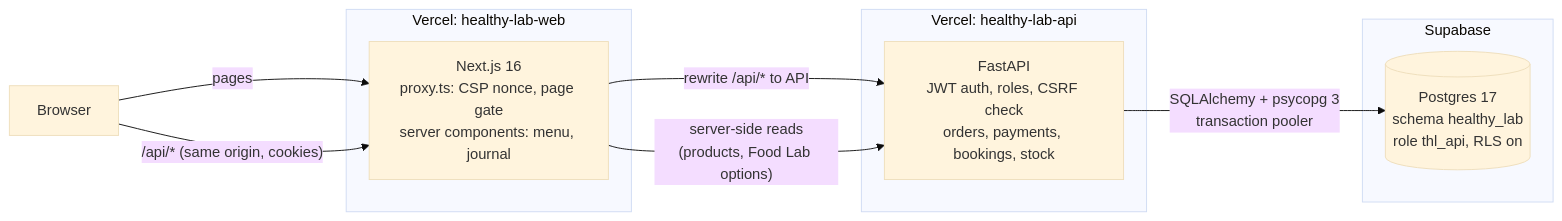
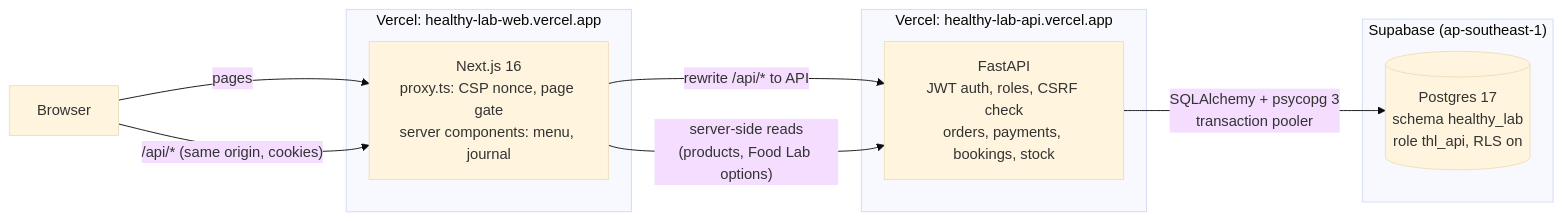
One commit to dangnguyenducanh/The-Healthy-Lab changed the first of 2 diagrams in README.md. Above: the diagram before and after it, drawn with Mermaid (base theme). The commit also changed other lines of this file and 1 other file, not shown here.

First line of the commit message:
docs: add live demo links and lead the README with the architecture

````diff
--- a/README.md
+++ b/README.md
@@ -34,21 +35,21 @@
 ```mermaid
 flowchart LR
     B["Browser"] -->|"pages"| W
     B -->|"/api/* (same origin, cookies)"| W
 
-    subgraph V1["Vercel: healthy-lab-web"]
+    subgraph V1["Vercel: healthy-lab-web.vercel.app"]
         W["Next.js 16<br/>proxy.ts: CSP nonce, page gate<br/>server components: menu, journal"]
     end
 
-    subgraph V2["Vercel: healthy-lab-api"]
+    subgraph V2["Vercel: healthy-lab-api.vercel.app"]
         A["FastAPI<br/>JWT auth, roles, CSRF check<br/>orders, payments, bookings, stock"]
     end
 
-    subgraph S["Supabase"]
+    subgraph S["Supabase (ap-southeast-1)"]
         D[("Postgres 17<br/>schema healthy_lab<br/>role thl_api, RLS on")]
     end
 
     W -->|"rewrite /api/* to API"| A
     W -->|"server-side reads<br/>(products, Food Lab options)"| A
     A -->|"SQLAlchemy + psycopg 3<br/>transaction pooler"| D
 ```
````
